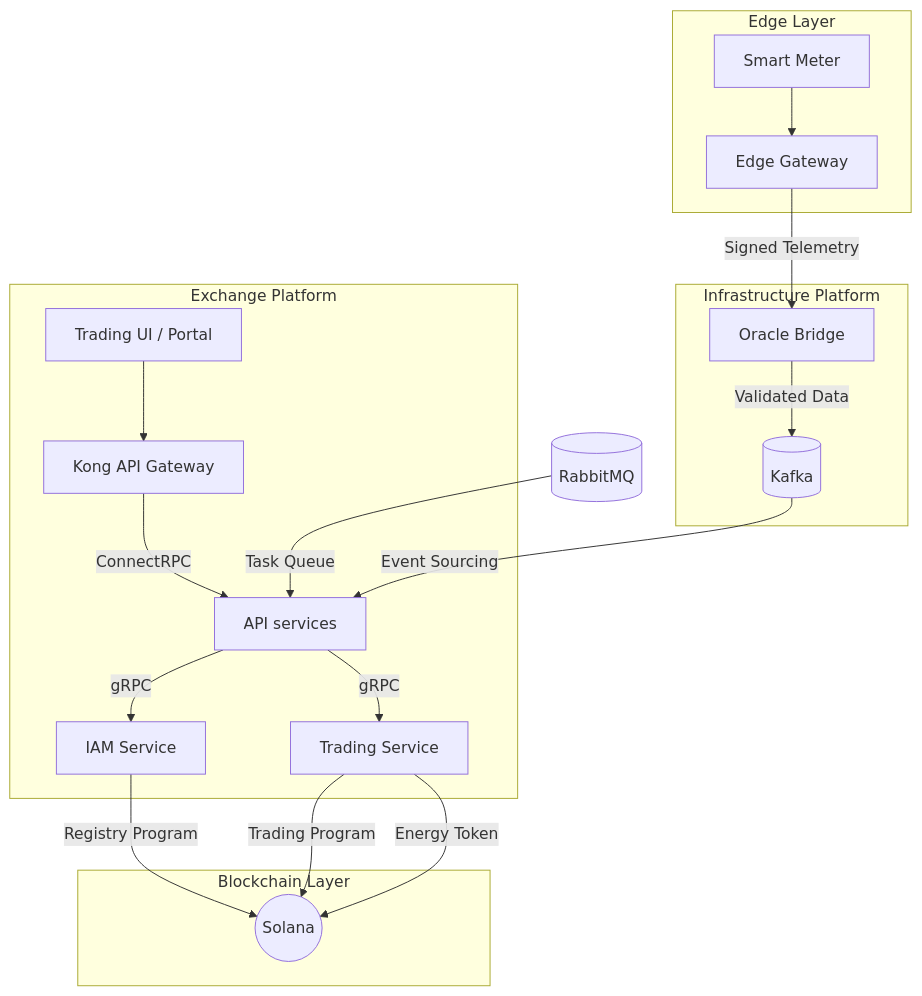
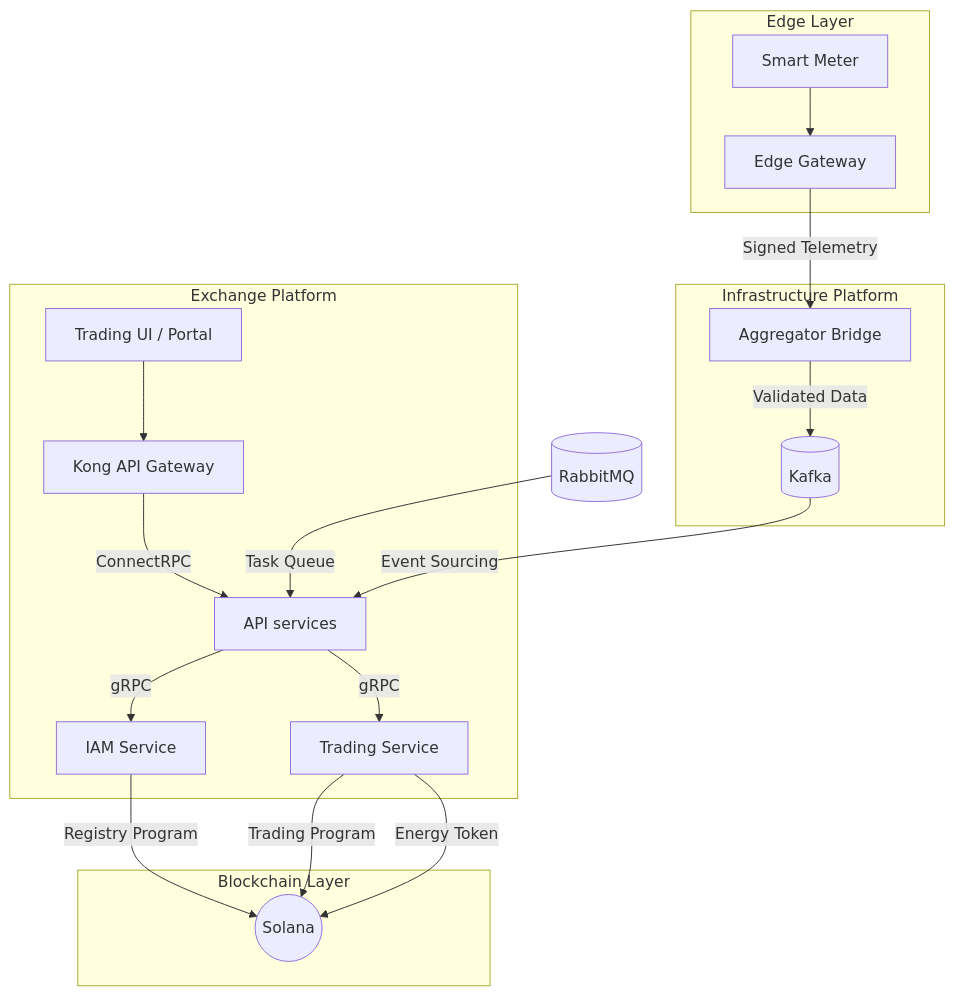
Before and after one commit to NakaSato/gridtokenx-coresystem: the diagram in .agents/workflows/project-overview.md, drawn with Mermaid. The commit also changed other lines of this file and 53 other files, not shown here.

First line of the commit message:
refactor: rename oracle-bridge → aggregator-bridge across the platform

````diff
--- a/.agents/workflows/project-overview.md
+++ b/.agents/workflows/project-overview.md
@@ -13,27 +13,27 @@
 ```mermaid
 graph TD
     subgraph "Edge Layer"
         Meter[Smart Meter] --> EdgeGW[Edge Gateway]
     end
 
     subgraph "Infrastructure Platform"
-        EdgeGW -- Signed Telemetry --> Oracle[Oracle Bridge]
+        EdgeGW -- Signed Telemetry --> Oracle[Aggregator Bridge]
         Oracle -- Validated Data --> Kafka[(Kafka)]
     end
 
     subgraph "Exchange Platform"
         Client[Trading UI / Portal] --> Kong[Kong API Gateway]
         Kong -- ConnectRPC --> API[API services]
         API -- gRPC --> IAM[IAM Service]
         API -- gRPC --> Trading[Trading Service]
     end
 
     subgraph "Blockchain Layer"
         IAM -- Registry Program --> Solana((Solana))
         Trading -- Trading Program --> Solana
         Trading -- Energy Token --> Solana
     end
 
     Kafka -- Event Sourcing --> API
     Rabbit[(RabbitMQ)] -- Task Queue --> API
 ```
````
